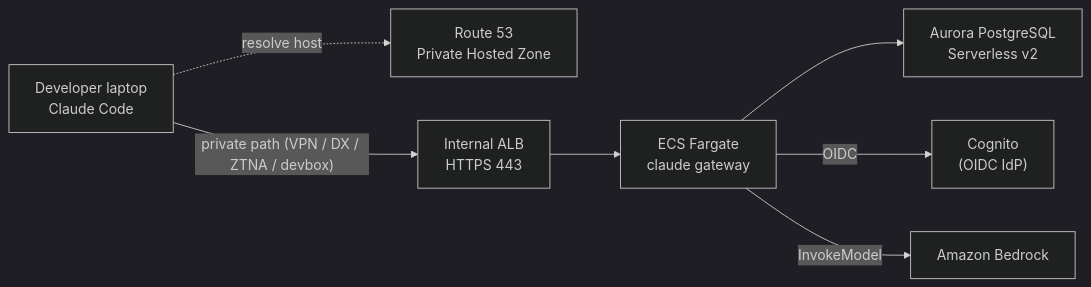
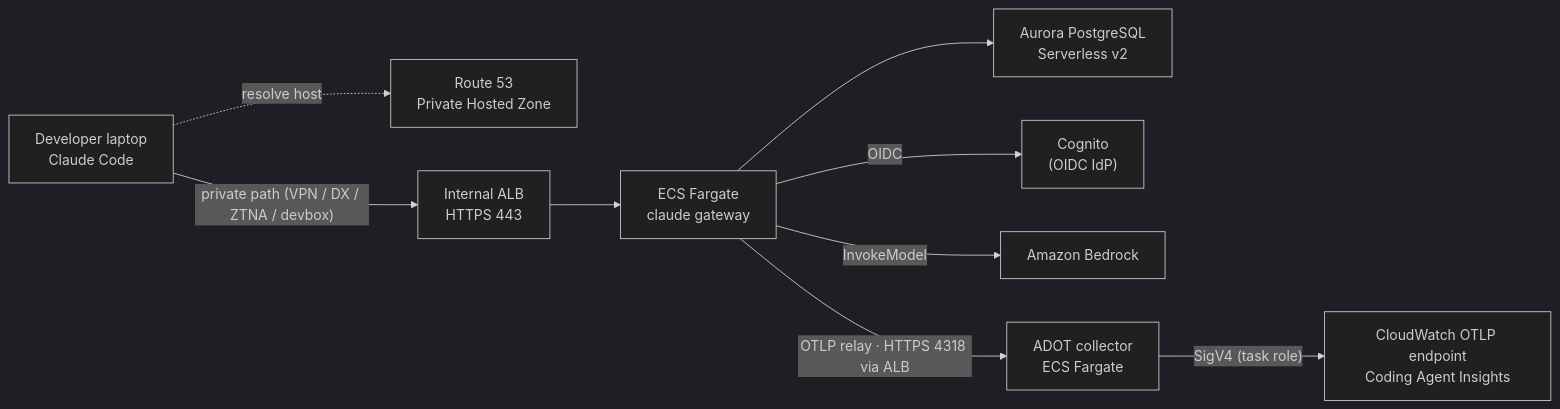
One commit to archive-of-deleted-repositories/wirjo__sample-apj-sup-sa changed the diagram in ai-coding-assistants/claude-apps-gateway-on-aws/README.md. Above: the diagram before and after it, drawn with Mermaid (dark theme). The commit also changed other lines of this file and 9 other files, not shown here.

First line of the commit message:
feat(claude-apps-gateway-on-aws): send Claude Code telemetry to CloudWatch Coding Agent Insights

````diff
--- a/ai-coding-assistants/claude-apps-gateway-on-aws/README.md
+++ b/ai-coding-assistants/claude-apps-gateway-on-aws/README.md
@@ -52,17 +58,21 @@
 ```mermaid
 flowchart LR
   Dev["Developer laptop<br/>Claude Code"]
   R53["Route 53<br/>Private Hosted Zone"]
   ALB["Internal ALB<br/>HTTPS 443"]
   ECS["ECS Fargate<br/>claude gateway"]
   DB["Aurora PostgreSQL<br/>Serverless v2"]
   Cognito["Cognito<br/>(OIDC IdP)"]
   Bedrock["Amazon Bedrock"]
+  Collector["ADOT collector<br/>ECS Fargate"]
+  CW["CloudWatch OTLP endpoint<br/>Coding Agent Insights"]
 
   Dev -.->|"resolve host"| R53
   Dev -->|"private path (VPN / DX / ZTNA / devbox)"| ALB
   ALB --> ECS
   ECS --> DB
   ECS -->|"OIDC"| Cognito
   ECS -->|"InvokeModel"| Bedrock
+  ECS -->|"OTLP relay · HTTPS 4318 via ALB"| Collector
+  Collector -->|"SigV4 (task role)"| CW
 ```
````
